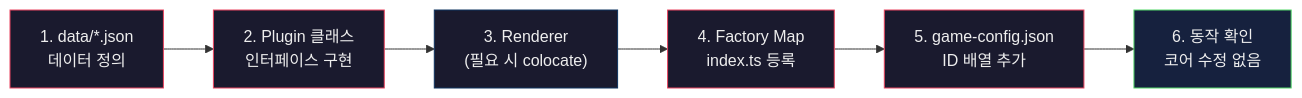
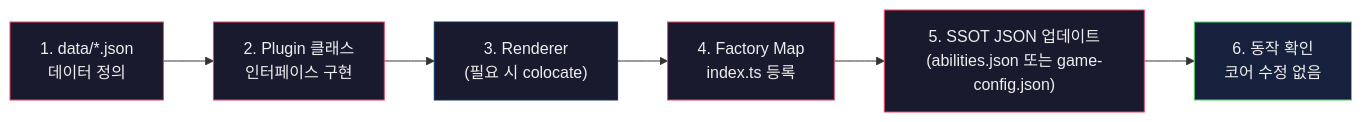
Before and after one commit to nelta9x/vflashhead: the fourth of 5 diagrams in docs/PLUGIN_ARCHITECTURE.md, drawn with Mermaid. The commit also changed other lines of this file and 22 other files, not shown here.

Commit message:
feat: migrate abilities to abilities.json with fail-fast validation

````diff
--- a/docs/PLUGIN_ARCHITECTURE.md
+++ b/docs/PLUGIN_ARCHITECTURE.md
@@ -180,15 +182,15 @@
 ```mermaid
 flowchart LR
   A["1. data/*.json<br/>데이터 정의"] --> B["2. Plugin 클래스<br/>인터페이스 구현"]
   B --> C["3. Renderer<br/>(필요 시 colocate)"]
   C --> D["4. Factory Map<br/>index.ts 등록"]
-  D --> E["5. game-config.json<br/>ID 배열 추가"]
+  D --> E["5. SSOT JSON 업데이트<br/>(abilities.json 또는 game-config.json)"]
   E --> F["6. 동작 확인<br/>코어 수정 없음"]
 
   style A fill:#1a1a2e,stroke:#e94560,color:#eee
   style B fill:#1a1a2e,stroke:#e94560,color:#eee
   style C fill:#1a1a2e,stroke:#0f3460,color:#eee
   style D fill:#1a1a2e,stroke:#e94560,color:#eee
   style E fill:#1a1a2e,stroke:#e94560,color:#eee
   style F fill:#16213e,stroke:#53d769,color:#eee
 ```
````
